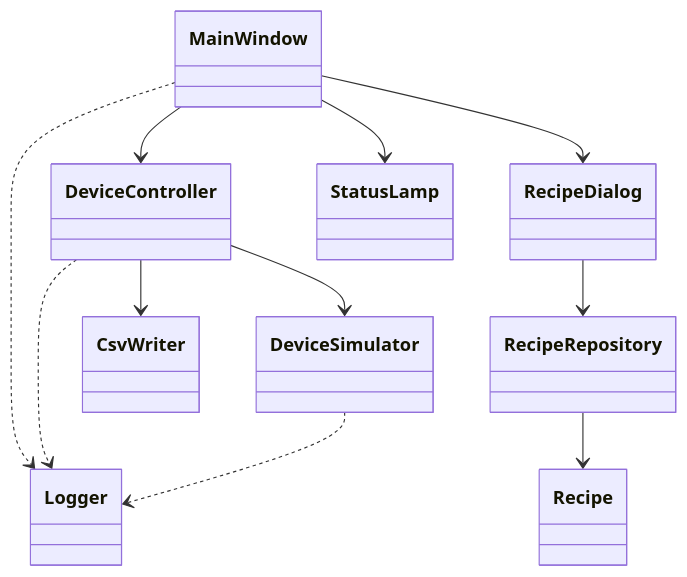
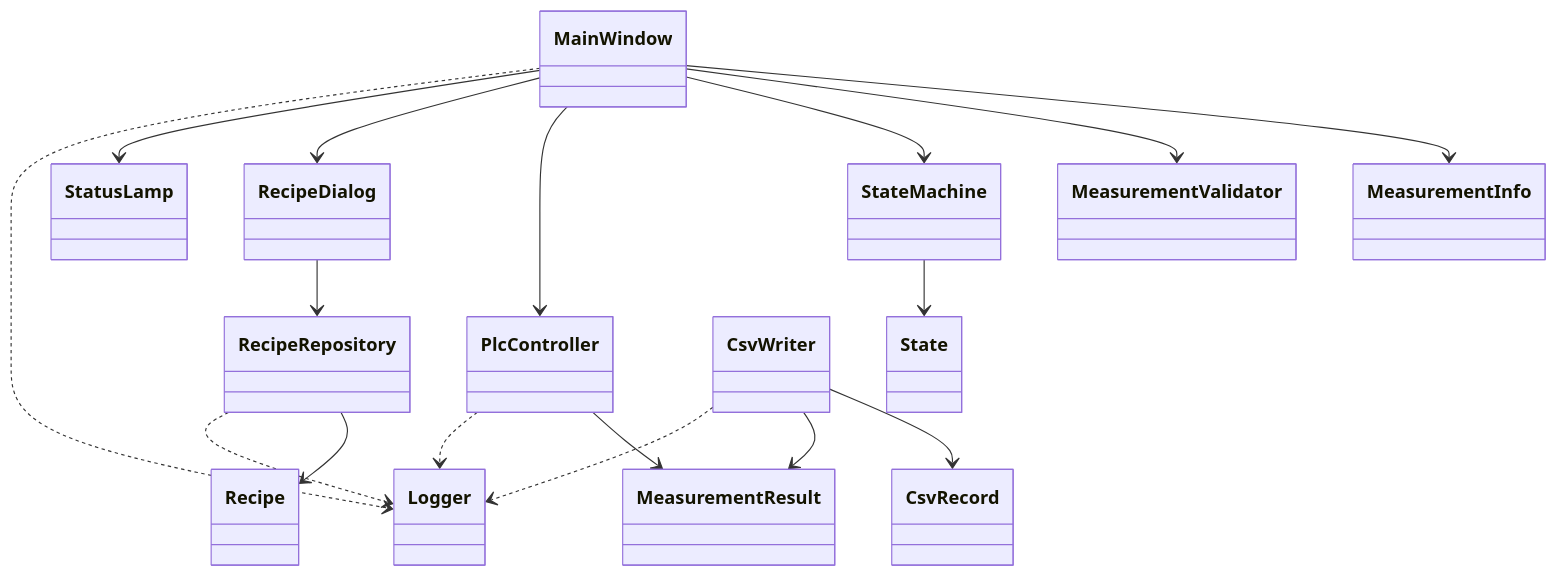
One commit to daiki-dev-jp/SIS_Semiconductor-Inspection-System changed the first of 2 diagrams in docs/class_design.md. Above: the diagram before and after it, drawn with Mermaid. The commit also changed other lines of this file and 14 other files, not shown here.

````diff
--- a/docs/class_design.md
+++ b/docs/class_design.md
@@ -38,27 +41,40 @@
 ```mermaid
 classDiagram
 
 class MainWindow
-class DeviceController
-class DeviceSimulator
+class MeasurementInfo
+class MeasurementResult
+class MeasurementValidator
+class State
+class StateMachine
+class PlcController
 class RecipeDialog
 class RecipeRepository
 class Recipe
 class CsvWriter
+class CsvRecord
 class Logger
 class StatusLamp
 
-MainWindow --> DeviceController
+MainWindow --> MeasurementInfo
+MainWindow --> MeasurementValidator
+MainWindow --> StateMachine
+MainWindow --> PlcController
 MainWindow --> RecipeDialog
 MainWindow --> StatusLamp
 
-DeviceController --> DeviceSimulator
-DeviceController --> CsvWriter
+PlcController --> MeasurementResult
+
+CsvWriter --> CsvRecord
+CsvWriter --> MeasurementResult
 
 RecipeDialog --> RecipeRepository
 RecipeRepository --> Recipe
 
+StateMachine --> State
+
 MainWindow ..> Logger
-DeviceController ..> Logger
-DeviceSimulator ..> Logger
+PlcController ..> Logger
+RecipeRepository ..> Logger
+CsvWriter ..> Logger
 ```
````
